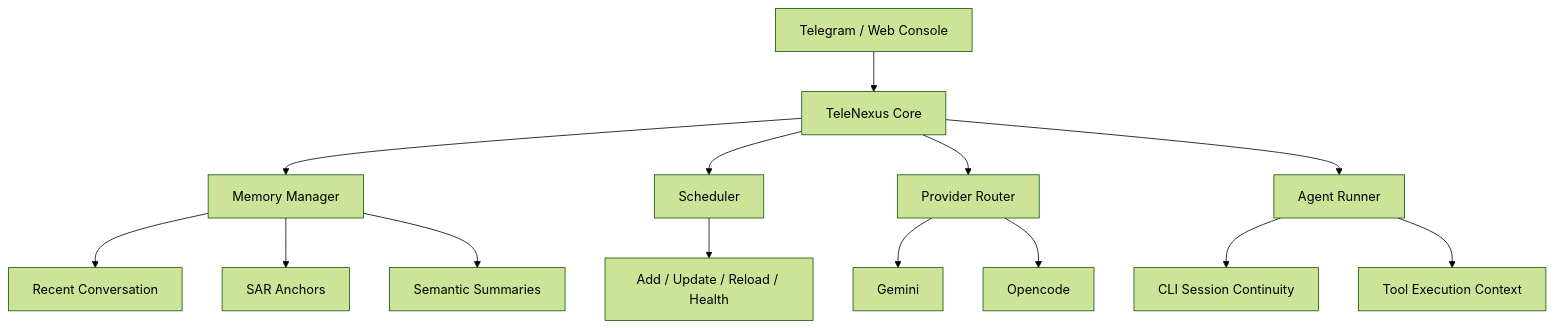
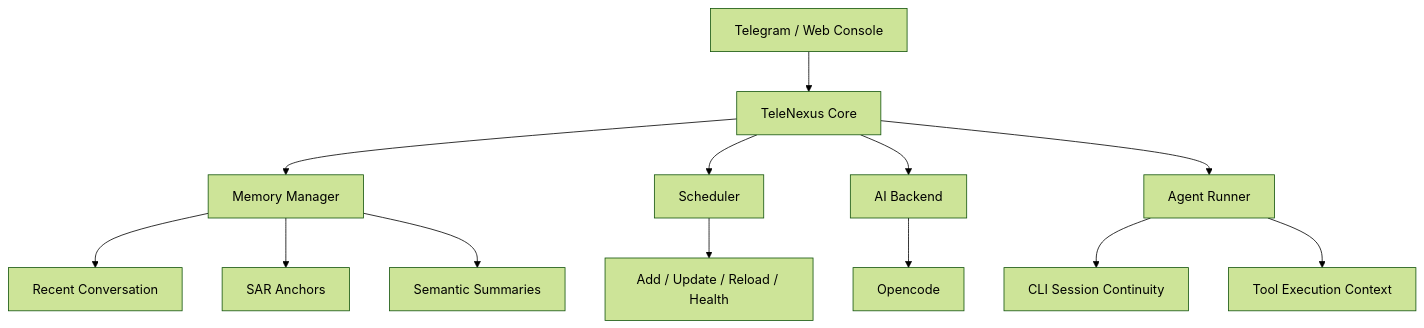
Before and after one commit to raybird/telenexus: the diagram in README.md, drawn with Mermaid (forest theme). The commit also changed other lines of this file and 28 other files, not shown here.

````diff
--- a/README.md
+++ b/README.md
@@ -127,16 +127,15 @@
 ```mermaid
 flowchart TD
     A[Telegram / Web Console] --> B[TeleNexus Core]
     B --> C[Memory Manager]
     B --> D[Scheduler]
-    B --> E[Provider Router]
+    B --> E[AI Backend]
     B --> F[Agent Runner]
     C --> C1[Recent Conversation]
     C --> C2[SAR Anchors]
     C --> C3[Semantic Summaries]
     D --> D1[Add / Update / Reload / Health]
-    E --> E1[Gemini]
-    E --> E2[Opencode]
+    E --> E1[Opencode]
     F --> F1[CLI Session Continuity]
     F --> F2[Tool Execution Context]
 ```
````
